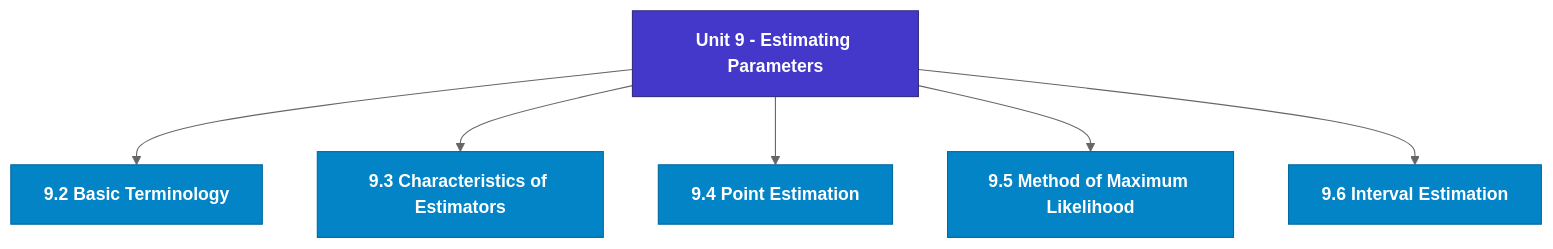
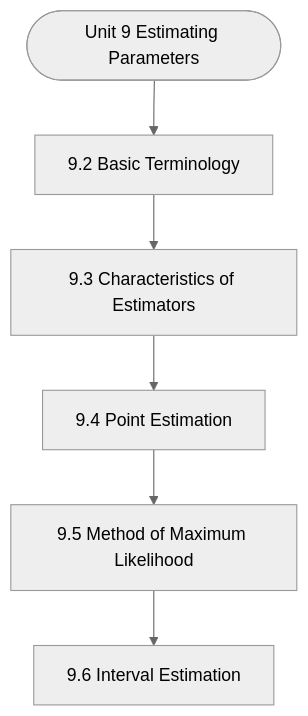
Before and after one commit to Asutosh-Coaching/mscdsa: the diagram in notes/Semester_2/MCS-066_Mathematical_Foundations_-_II/unit_09_Estimating_Parameters.md, drawn with Mermaid (neutral theme). The commit also changed other lines of this file and 115 other files, not shown here.

Commit message:
Fix Mermaid layout for mobile, isolate LaTeX delimiters, and add GitHub Pages reader

````diff
--- a/notes/Semester_2/MCS-066_Mathematical_Foundations_-_II/unit_09_Estimating_Parameters.md
+++ b/notes/Semester_2/MCS-066_Mathematical_Foundations_-_II/unit_09_Estimating_Parameters.md
@@ -19,19 +19,14 @@
 ```mermaid
 flowchart TD
-  %% Styling Definitions
-  classDef head fill:#4338ca,stroke:#312e81,color:#ffffff,font-weight:bold;
-  classDef topic fill:#0284c7,stroke:#0369a1,color:#ffffff,font-weight:600;
-  classDef sub fill:#1e293b,stroke:#475569,color:#f8fafc;
-
-  Root["Unit 9 - Estimating Parameters"]:::head
-  M1["9.2 Basic Terminology"]:::topic
-  Root --> M1
-  M2["9.3 Characteristics of Estimators"]:::topic
-  Root --> M2
-  M3["9.4 Point Estimation"]:::topic
-  Root --> M3
-  M4["9.5 Method of Maximum Likelihood"]:::topic
-  Root --> M4
-  M5["9.6 Interval Estimation"]:::topic
-  Root --> M5
+  Start(["Unit 9 Estimating Parameters"])
+  N1["9.2 Basic Terminology"]
+  N2["9.3 Characteristics of Estimators"]
+  N3["9.4 Point Estimation"]
+  N4["9.5 Method of Maximum Likelihood"]
+  N5["9.6 Interval Estimation"]
+  Start --> N1
+  N1 --> N2
+  N2 --> N3
+  N3 --> N4
+  N4 --> N5
 ```
````
